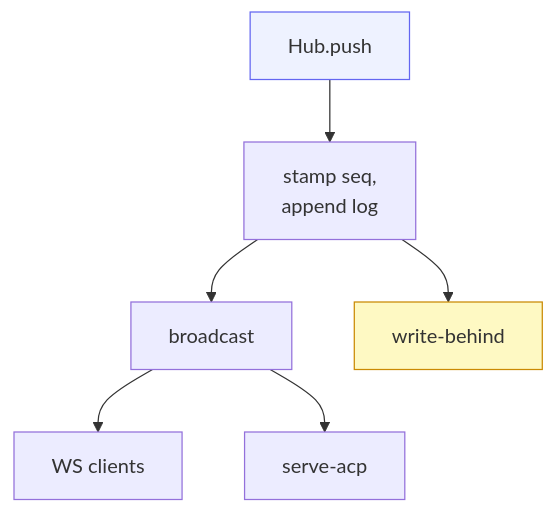
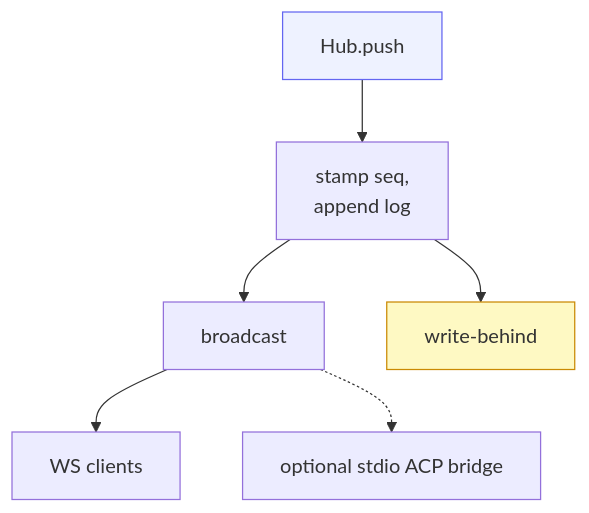
One commit to dravengarden/cowboy changed the second of 2 diagrams in docs/architecture/02-core-hub.md. Above: the diagram before and after it, drawn with Mermaid. The commit also changed other lines of this file and 18 other files, not shown here.

Commit message:
docs: align architecture with the remote agent IDE

````diff
--- a/docs/architecture/02-core-hub.md
+++ b/docs/architecture/02-core-hub.md
@@ -83,11 +83,11 @@
 ```mermaid
 flowchart TB
     EV["Hub.push"] --> SEQ["stamp seq,<br/>append log"]
     SEQ --> BC["broadcast"]
     SEQ --> WB["write-behind"]
     BC --> C1["WS clients"]
-    BC --> ACP["serve-acp"]
+    BC -.-> ACP["optional stdio ACP bridge"]
 
     style EV fill:#eef2ff,stroke:#6366f1
     style WB fill:#fef9c3,stroke:#ca8a04
 ```
````
